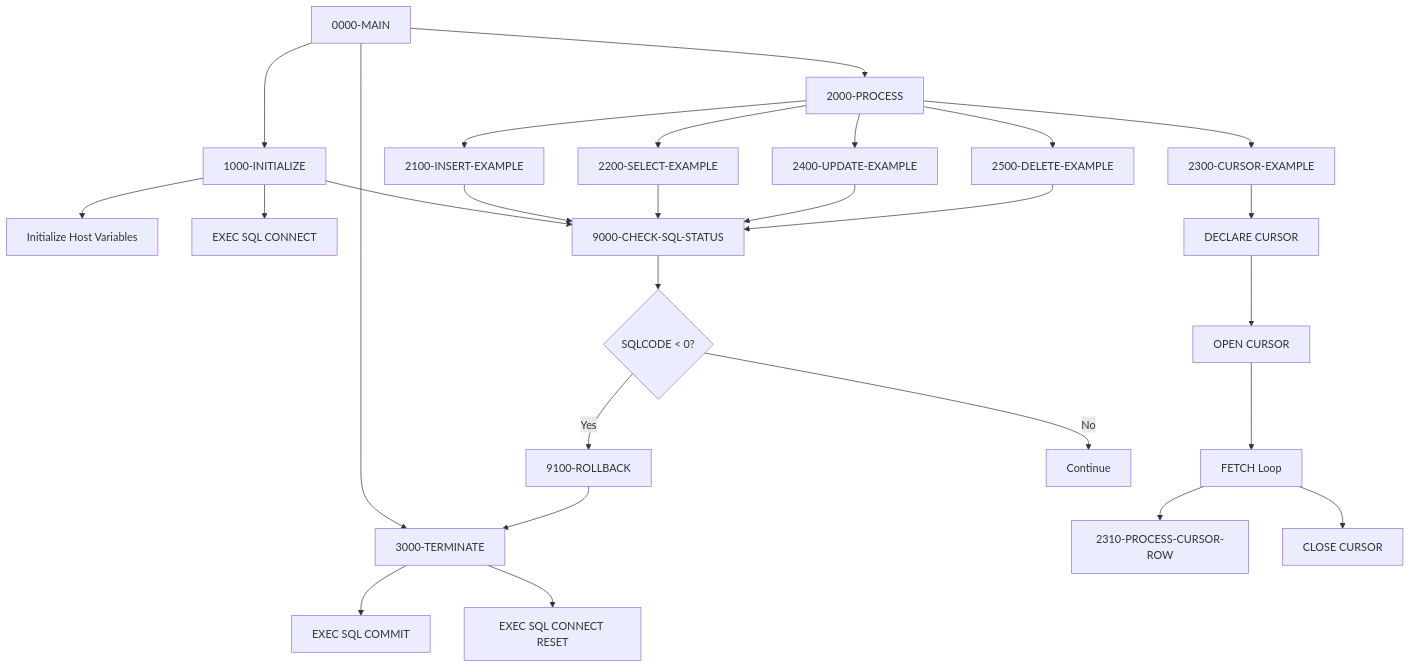
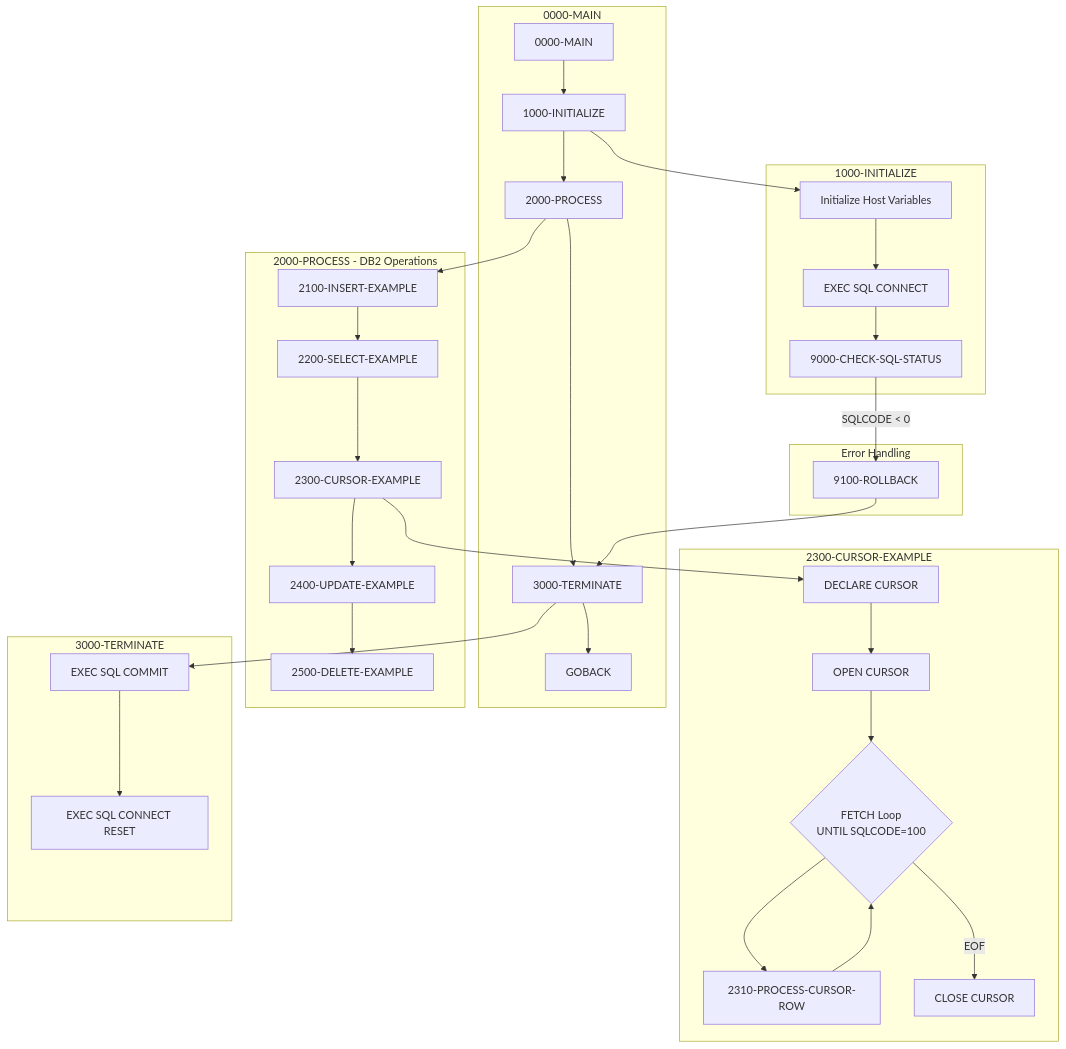
One commit to haladir-com/legacy-benchmark-docs-vb70e1 changed the first of 2 diagrams in docs/programs/DB2-HANDLING.mdx. Above: the diagram before and after it, drawn with Mermaid. The commit also changed other lines of this file and 64 other files, not shown here.

````diff
--- a/docs/programs/DB2-HANDLING.mdx
+++ b/docs/programs/DB2-HANDLING.mdx
@@ -24,35 +29,42 @@
 ```mermaid
 graph TD
-    A[0000-MAIN] --> B[1000-INITIALIZE]
-    A --> C[2000-PROCESS]
-    A --> D[3000-TERMINATE]
+    subgraph "0000-MAIN"
+        MAIN[0000-MAIN] --> INIT[1000-INITIALIZE]
+        INIT --> PROC[2000-PROCESS]
+        PROC --> TERM[3000-TERMINATE]
+        TERM --> GOBACK[GOBACK]
+    end
     
-    B --> B1[Initialize Host Variables]
-    B --> B2[EXEC SQL CONNECT]
-    B --> B3[9000-CHECK-SQL-STATUS]
+    subgraph "1000-INITIALIZE"
+        INIT --> INITWS[Initialize Host Variables]
+        INITWS --> CONN[EXEC SQL CONNECT]
+        CONN --> CHK1[9000-CHECK-SQL-STATUS]
+    end
     
-    C --> C1[2100-INSERT-EXAMPLE]
-    C --> C2[2200-SELECT-EXAMPLE]
-    C --> C3[2300-CURSOR-EXAMPLE]
-    C --> C4[2400-UPDATE-EXAMPLE]
-    C --> C5[2500-DELETE-EXAMPLE]
+    subgraph "2000-PROCESS - DB2 Operations"
+        PROC --> INS[2100-INSERT-EXAMPLE]
+        INS --> SEL[2200-SELECT-EXAMPLE]
+        SEL --> CUR[2300-CURSOR-EXAMPLE]
+        CUR --> UPD[2400-UPDATE-EXAMPLE]
+        UPD --> DEL[2500-DELETE-EXAMPLE]
+    end
     
-    C1 --> B3
-    C2 --> B3
-    C4 --> B3
-    C5 --> B3
+    subgraph "2300-CURSOR-EXAMPLE"
+        CUR --> DECL[DECLARE CURSOR]
+        DECL --> OPEN[OPEN CURSOR]
+        OPEN --> FETCH{FETCH Loop<br/>UNTIL SQLCODE=100}
+        FETCH --> PROCROW[2310-PROCESS-CURSOR-ROW]
+        PROCROW --> FETCH
+        FETCH --> |EOF| CLOSE[CLOSE CURSOR]
+    end
     
-    C3 --> C3A[DECLARE CURSOR]
-    C3A --> C3B[OPEN CURSOR]
-    C3B --> C3C[FETCH Loop]
-    C3C --> C3D[2310-PROCESS-CURSOR-ROW]
-    C3C --> C3E[CLOSE CURSOR]
+    subgraph "Error Handling"
+        CHK1 --> |SQLCODE < 0| ROLL[9100-ROLLBACK]
+        ROLL --> TERM
+    end
     
-    D --> D1[EXEC SQL COMMIT]
-    D --> D2[EXEC SQL CONNECT RESET]
-    
-    B3 --> E{SQLCODE < 0?}
-    E -->|Yes| F[9100-ROLLBACK]
-    F --> D
-    E -->|No| G[Continue]
+    subgraph "3000-TERMINATE"
+        TERM --> COMMIT[EXEC SQL COMMIT]
+        COMMIT --> RESET[EXEC SQL CONNECT RESET]
+    end
 ```
````
